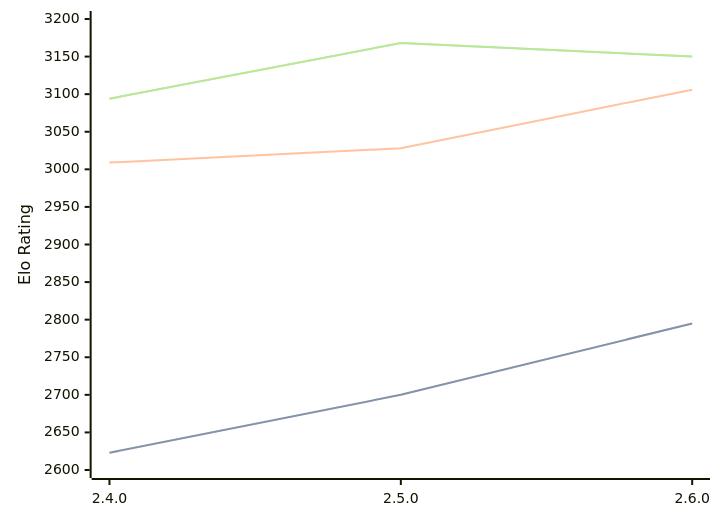
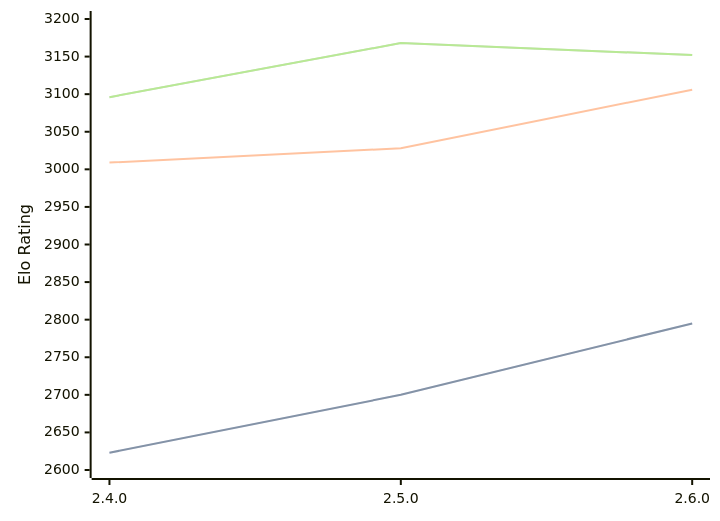
The diagram in engines/Sturddle2.md (computer-chess-index/cci), drawn with Mermaid before and after one commit. The commit also changed other lines of this file, not shown here.

Commit message:
Update CCI Ratings (ELO VLTC) - 2026-09-18

````diff
--- a/engines/Sturddle2.md
+++ b/engines/Sturddle2.md
@@ -33,11 +33,11 @@
 ```mermaid
 %%{init: {"theme":"base","themeVariables":{"seriesColors:['#a3a3a3','#222221','#faa371']}}}%%
 xychart-beta
   x-axis ["2.4.0", "2.5.0", "2.6.0"]
   y-axis "Elo Rating" 2600 --> 3200
   line "" [2623, 2700, 2795]
   line "STC (8.0+0.08s)" [2623, 2700, 2795]
   line "LTC (60.0+0.60s)" [3009, 3028, 3106]
-  line "" [3094, 3168, 3150]
-  line "VLTC (2m24s+1.12s)" [3094, 3168, 3150]
+  line "" [3096, 3168, 3152]
+  line "VLTC (2m24s+1.12s)" [3096, 3168, 3152]
 ```
````
